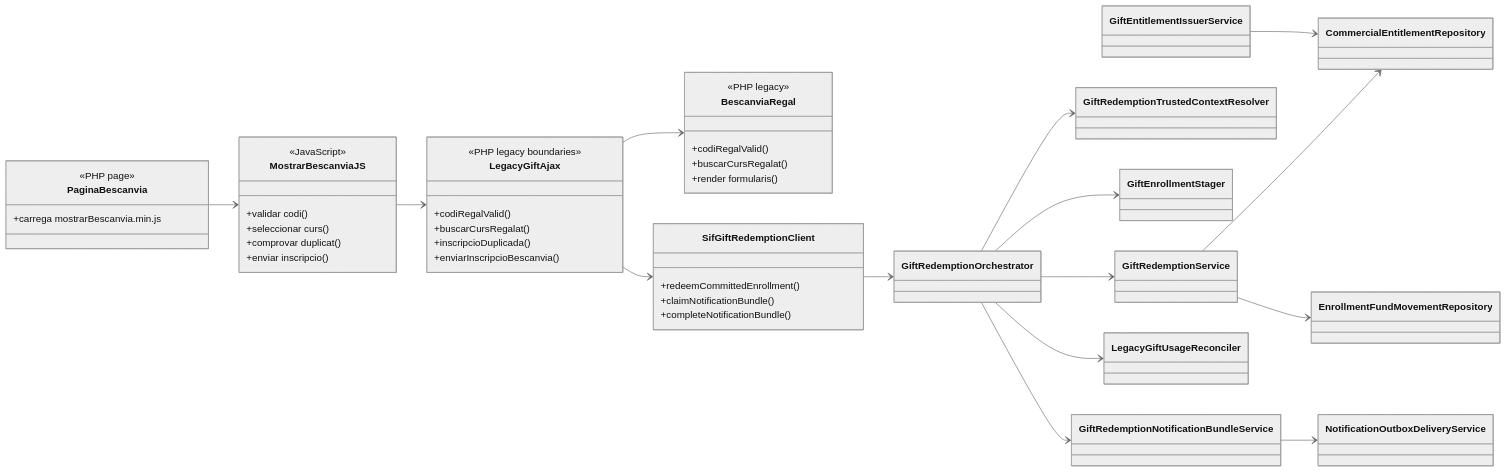
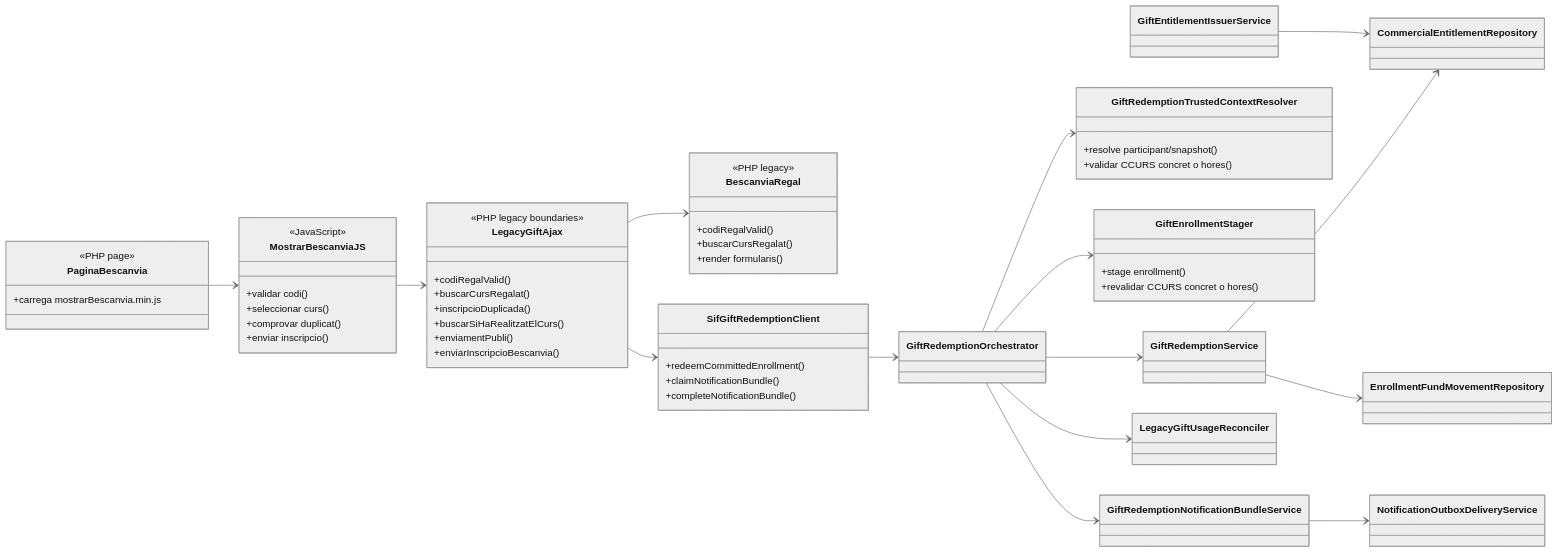
One commit to orgmeriemprismacat-del/verifactu changed the diagram in documentacio/07-uml-integrat/uc-018-classes-actual-final.md. Above: the diagram before and after it, drawn with Mermaid (neutral theme). The commit also changed other lines of this file, not shown here.

Commit message:
docs(UC-018): actualitzar classes per PII i CCURS per hores

````diff
--- a/documentacio/07-uml-integrat/uc-018-classes-actual-final.md
+++ b/documentacio/07-uml-integrat/uc-018-classes-actual-final.md
@@ -9,59 +9,67 @@
 ```mermaid
 classDiagram
 direction LR
 
 class PaginaBescanvia {
   <<PHP page>>
   +carrega mostrarBescanvia.min.js
 }
 class MostrarBescanviaJS {
   <<JavaScript>>
   +validar codi()
   +seleccionar curs()
   +comprovar duplicat()
   +enviar inscripcio()
 }
 class LegacyGiftAjax {
   <<PHP legacy boundaries>>
   +codiRegalValid()
   +buscarCursRegalat()
   +inscripcioDuplicada()
+  +buscarSiHaRealitzatElCurs()
+  +enviamentPubli()
   +enviarInscripcioBescanvia()
 }
 class BescanviaRegal {
   <<PHP legacy>>
   +codiRegalValid()
   +buscarCursRegalat()
   +render formularis()
 }
 class SifGiftRedemptionClient {
   +redeemCommittedEnrollment()
   +claimNotificationBundle()
   +completeNotificationBundle()
 }
 class GiftEntitlementIssuerService
 class CommercialEntitlementRepository
-class GiftRedemptionTrustedContextResolver
-class GiftEnrollmentStager
+class GiftRedemptionTrustedContextResolver {
+  +resolve participant/snapshot()
+  +validar CCURS concret o hores()
+}
+class GiftEnrollmentStager {
+  +stage enrollment()
+  +revalidar CCURS concret o hores()
+}
 class GiftRedemptionService
 class EnrollmentFundMovementRepository
 class LegacyGiftUsageReconciler
 class GiftRedemptionOrchestrator
 class GiftRedemptionNotificationBundleService
 class NotificationOutboxDeliveryService
 
 PaginaBescanvia --> MostrarBescanviaJS
 MostrarBescanviaJS --> LegacyGiftAjax
 LegacyGiftAjax --> BescanviaRegal
 LegacyGiftAjax --> SifGiftRedemptionClient
 SifGiftRedemptionClient --> GiftRedemptionOrchestrator
 GiftEntitlementIssuerService --> CommercialEntitlementRepository
 GiftRedemptionOrchestrator --> GiftRedemptionTrustedContextResolver
 GiftRedemptionOrchestrator --> GiftEnrollmentStager
 GiftRedemptionOrchestrator --> GiftRedemptionService
 GiftRedemptionService --> CommercialEntitlementRepository
 GiftRedemptionService --> EnrollmentFundMovementRepository
 GiftRedemptionOrchestrator --> LegacyGiftUsageReconciler
 GiftRedemptionOrchestrator --> GiftRedemptionNotificationBundleService
 GiftRedemptionNotificationBundleService --> NotificationOutboxDeliveryService
 ```
````
